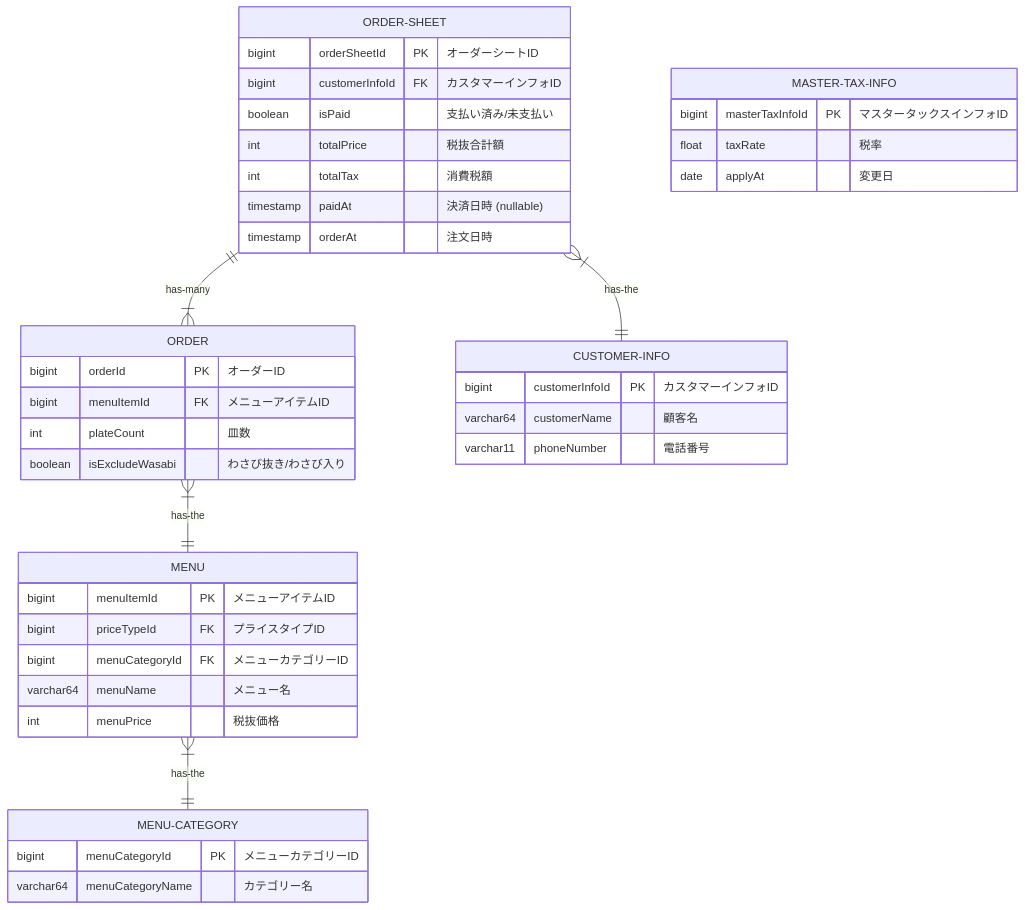
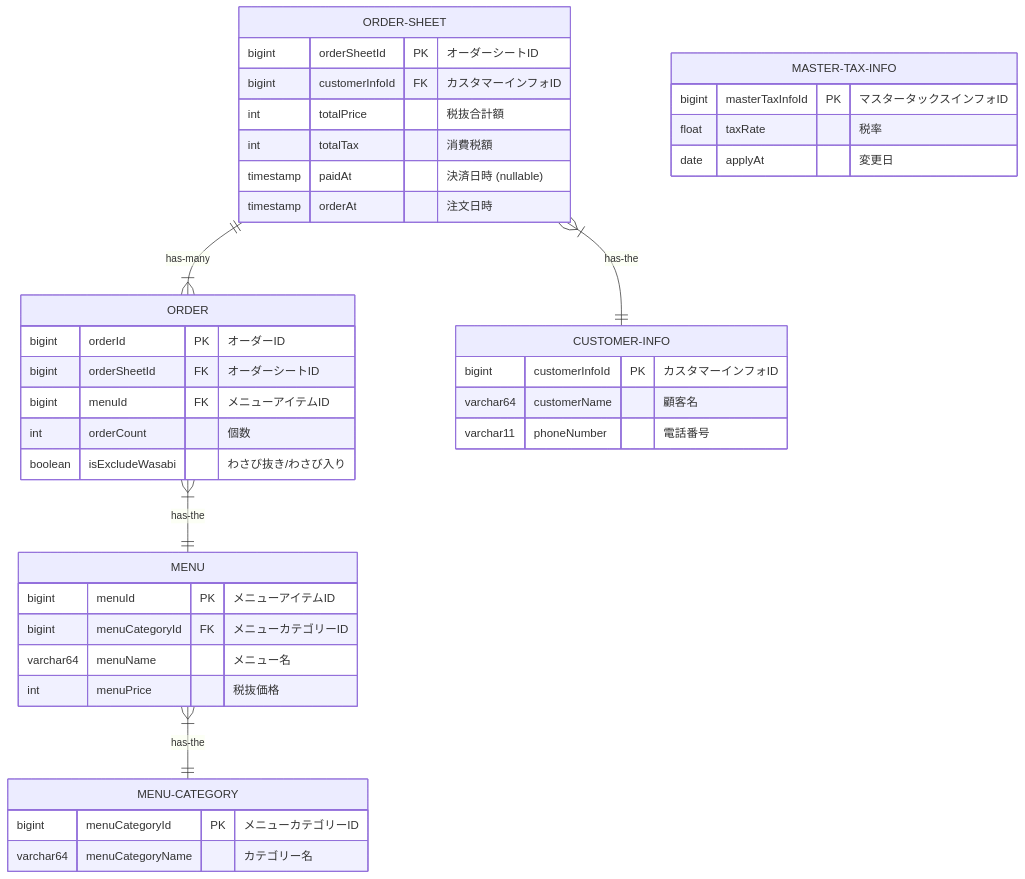
One commit to junseinagao/praha-challenge changed the first of 2 diagrams in データベース設計/DBモデリング1/README.md. Above: the diagram before and after it, drawn with Mermaid. The commit also changed other lines of this file and 2 other files, not shown here.

````diff
--- a/データベース設計/DBモデリング1/README.md
+++ b/データベース設計/DBモデリング1/README.md
@@ -7,49 +7,48 @@
 ```mermaid
 erDiagram
     ORDER-SHEET ||--|{ ORDER : has-many
     ORDER-SHEET }|--|| CUSTOMER-INFO : has-the
     ORDER }|--|| MENU : has-the
     MENU }|--|| MENU-CATEGORY : has-the
 
     ORDER-SHEET {
         bigint orderSheetId PK "オーダーシートID"
         bigint customerInfoId FK "カスタマーインフォID"
-        boolean isPaid "支払い済み/未支払い"
         int totalPrice "税抜合計額"
         int totalTax "消費税額"
         timestamp paidAt "決済日時 (nullable)"
         timestamp orderAt "注文日時"
     }
 
     ORDER {
         bigint orderId PK "オーダーID"
-        bigint menuItemId FK "メニューアイテムID"
-        int plateCount "皿数"
+        bigint orderSheetId FK "オーダーシートID"
+        bigint menuId FK "メニューアイテムID"
+        int orderCount "個数"
         boolean isExcludeWasabi "わさび抜き/わさび入り"
     }
 
     MENU {
-        bigint menuItemId PK "メニューアイテムID"
-        bigint priceTypeId FK "プライスタイプID"
+        bigint menuId PK "メニューアイテムID"
         bigint menuCategoryId FK "メニューカテゴリーID"
         varchar64 menuName "メニュー名"
         int menuPrice "税抜価格"
     }
 
     MENU-CATEGORY {
         bigint menuCategoryId PK "メニューカテゴリーID"
         varchar64 menuCategoryName "カテゴリー名"
     }
 
     CUSTOMER-INFO {
         bigint customerInfoId PK "カスタマーインフォID"
         varchar64 customerName "顧客名"
         varchar11 phoneNumber "電話番号"
     }
 
     MASTER-TAX-INFO {
         bigint masterTaxInfoId PK "マスタータックスインフォID"
         float taxRate "税率"
         date applyAt "変更日"
     }
 ```
````
